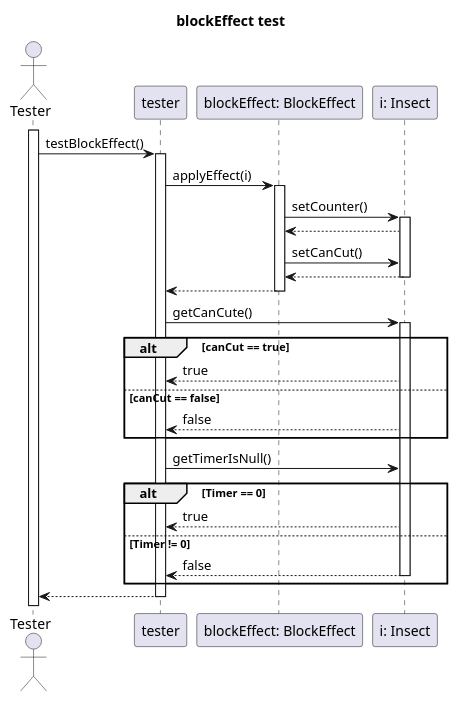
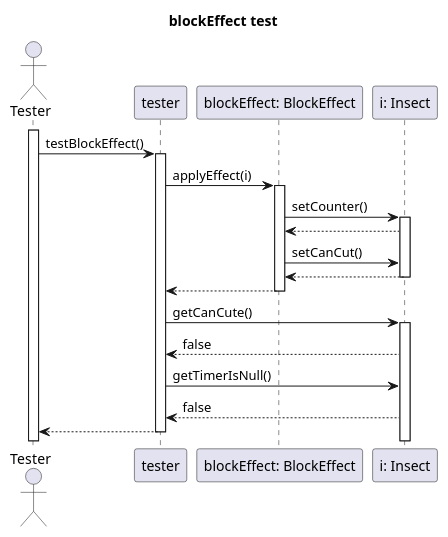
Before and after one commit to dzsem/projlab: the diagram in diagrams/test-sequence/effect/blockEffect.plantuml, drawn with PlantUML. The commit also changed 3 other files, not shown here.

```diff
--- a/diagrams/test-sequence/effect/blockEffect.plantuml
+++ b/diagrams/test-sequence/effect/blockEffect.plantuml
@@ -1,62 +1,45 @@
 @startuml blockEffect
 
 title blockEffect test
 
 Actor Tester as test
 activate test
 test -> tester: testBlockEffect()
 
-participant Skeleton as tester
+participant "Skeleton" as tester
 
 participant "blockEffect: BlockEffect" as speed
 participant "i: Insect" as insect
 
 activate tester
 
 tester -> speed: applyEffect(i)
 activate speed
 
 speed->insect:setCounter()
 activate insect
 
 speed<--insect
 
 speed->insect:setCanCut()
 speed<--insect
 deactivate insect
 
 speed --> tester
 deactivate speed
 
 tester -> insect: getCanCute()
 activate insect
 
-alt canCut == true
+insect -->tester:false
 
-	insect --> tester: true
-	
-else canCut == false
-
-	insect --> tester: false
-	
-
-end
 
 tester -> insect: getTimerIsNull()
-alt Timer == 0
 
-	insect --> tester: true
-	
-else Timer != 0
-
-	insect --> tester: false
-	deactivate insect
-	
-
-end
+insect -->tester:false
 
 
 test<-- tester
 deactivate tester
 
 @enduml
```
